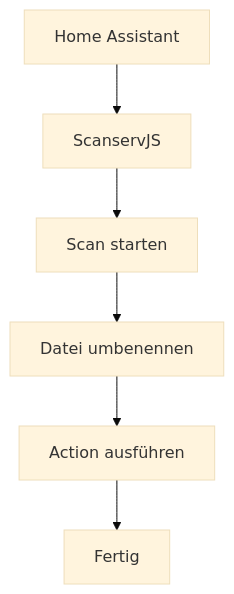
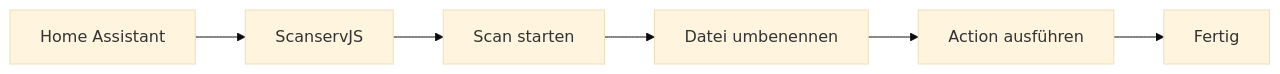
The first of 2 diagrams in README.md (marioir2001/scanservjs_ha), drawn with Mermaid (base theme) before and after one commit.

````diff
--- a/README.md
+++ b/README.md
@@ -118,8 +118,8 @@
 ```mermaid
-flowchart TD
+flowchart LR
     A[Home Assistant] --> B[ScanservJS]
     B --> C[Scan starten]
     C --> D[Datei umbenennen]
     D --> E[Action ausführen]
     E --> F[Fertig]
 ```
````
